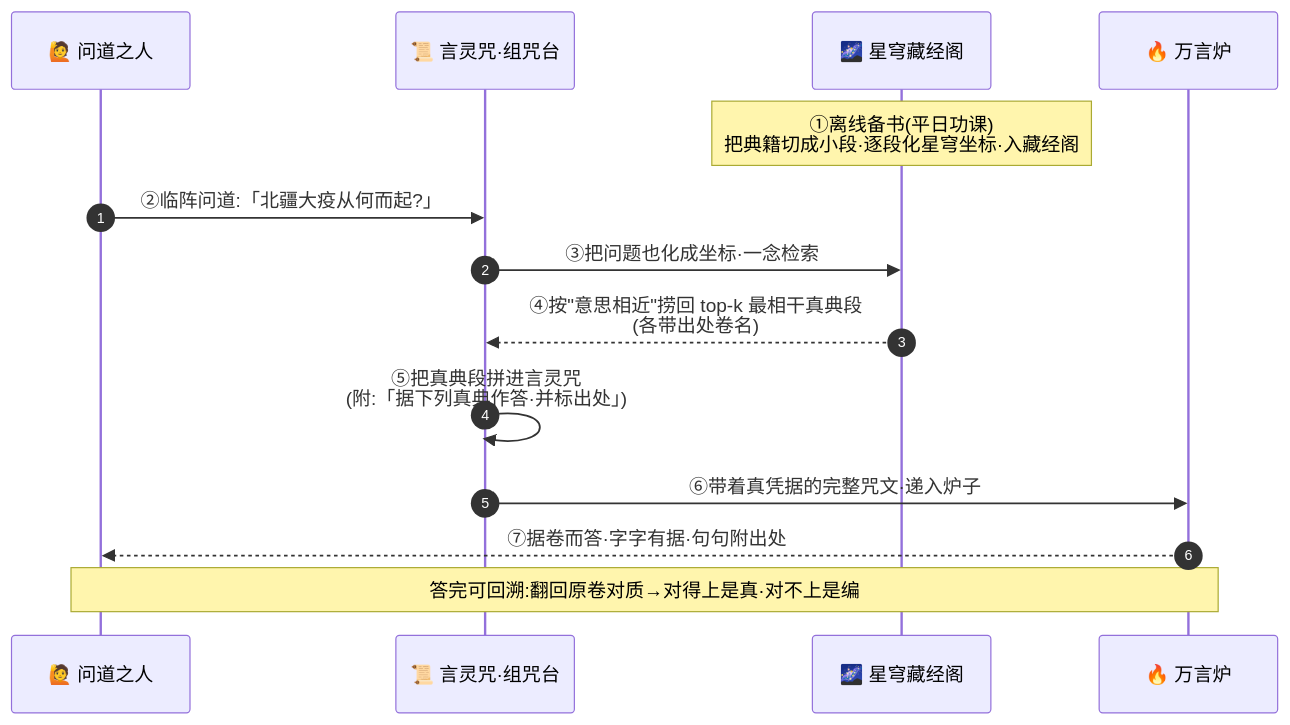
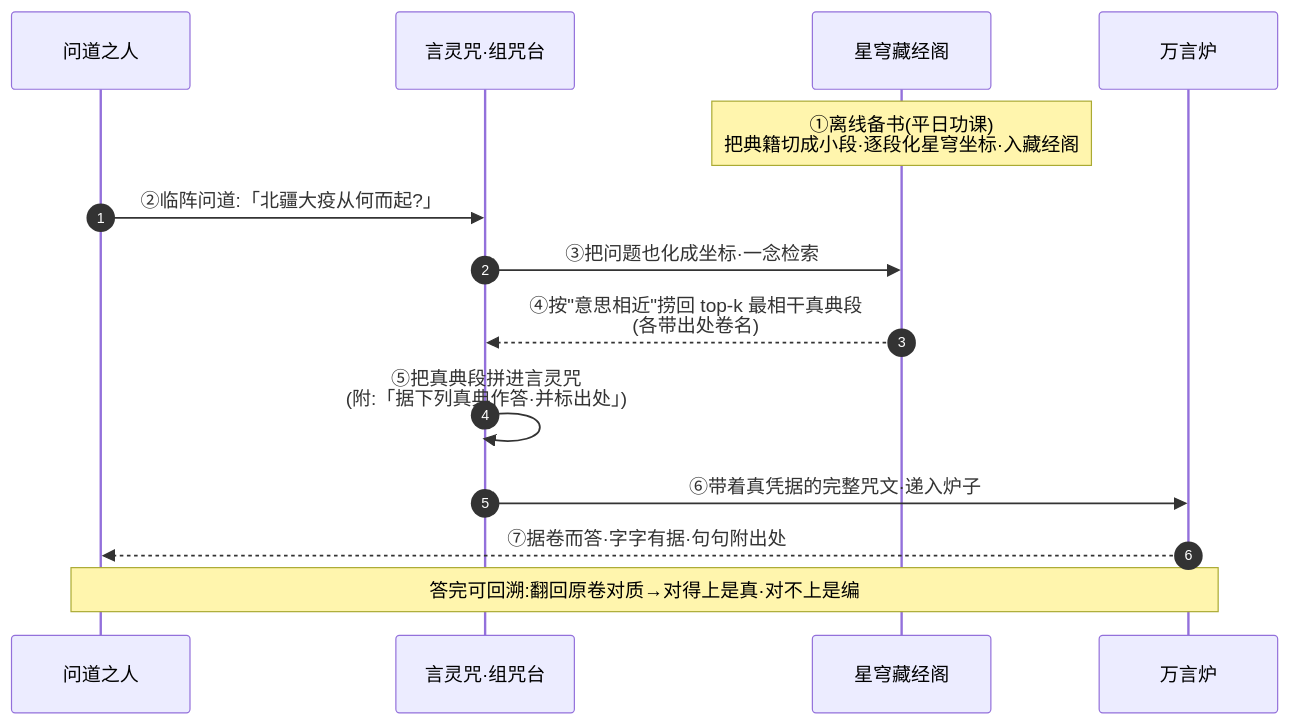
The diagram in docs/09_STORY_修仙学AI/STORY-合体/[STORY-章节-125] 第11章 合体·开卷问道.md (luckykhy/KhyAiHub), drawn with Mermaid before and after one commit. The commit also changed other lines of this file and 19 other files, not shown here.

````diff
--- a/docs/09_STORY_修仙学AI/STORY-合体/[STORY-章节-125] 第11章 合体·开卷问道.md
+++ b/docs/09_STORY_修仙学AI/STORY-合体/[STORY-章节-125] 第11章 合体·开卷问道.md
@@ -84,17 +84,17 @@
 ```mermaid
 sequenceDiagram
     autonumber
-    participant 我 as 🙋 问道之人
-    participant 咒 as 📜 言灵咒·组咒台
-    participant 阁 as 🌌 星穹藏经阁
-    participant 炉 as 🔥 万言炉
+    participant 我 as 问道之人
+    participant 咒 as 言灵咒·组咒台
+    participant 阁 as 星穹藏经阁
+    participant 炉 as 万言炉
 
     Note over 阁: ①离线备书(平日功课)<br/>把典籍切成小段·逐段化星穹坐标·入藏经阁
     我->>咒: ②临阵问道:「北疆大疫从何而起?」
     咒->>阁: ③把问题也化成坐标·一念检索
     阁-->>咒: ④按"意思相近"捞回 top-k 最相干真典段<br/>(各带出处卷名)
     咒->>咒: ⑤把真典段拼进言灵咒<br/>(附:「据下列真典作答·并标出处」)
     咒->>炉: ⑥带着真凭据的完整咒文·递入炉子
     炉-->>我: ⑦据卷而答·字字有据·句句附出处
     Note over 我,炉: 答完可回溯:翻回原卷对质→对得上是真·对不上是编
 ```
````
